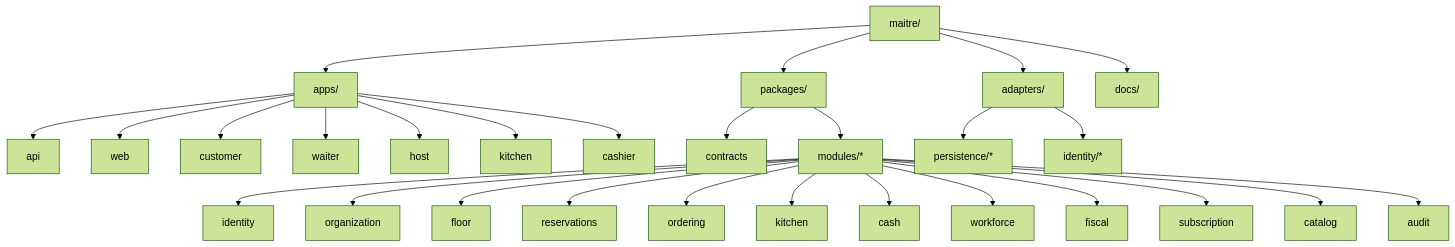
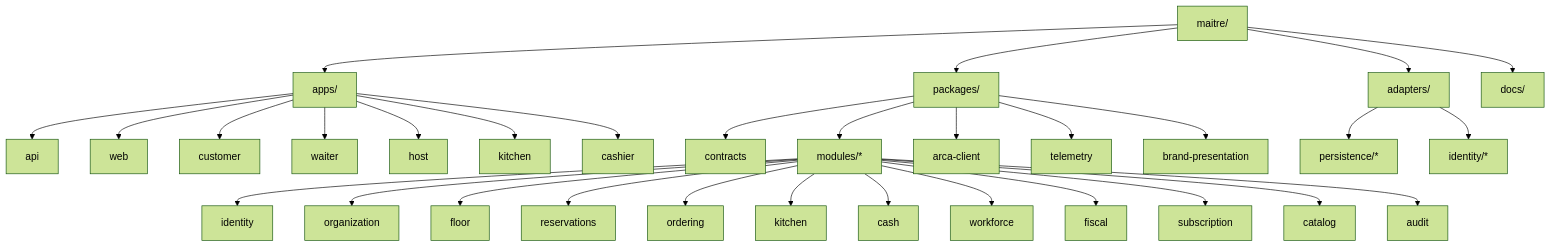
The third of 11 diagrams in docs/foundation/18-architecture-components-design-views.md (Adayala/maitre), drawn with Mermaid (forest theme) before and after one commit. The commit also changed other lines of this file and 1 other file, not shown here.

First line of the commit message:
docs(foundation): document API-app auth flow, telemetry, and OpenAPI contract generation

````diff
--- a/docs/foundation/18-architecture-components-design-views.md
+++ b/docs/foundation/18-architecture-components-design-views.md
@@ -181,36 +181,40 @@
 ```mermaid
 graph TB
     ROOT["maitre/"]
 
     ROOT --> APPS["apps/"]
     ROOT --> PACKAGES["packages/"]
     ROOT --> ADAPTERS["adapters/"]
     ROOT --> DOCS["docs/"]
 
     APPS --> API_APP["api"]
     APPS --> WEB_APP["web"]
     APPS --> CUSTOMER_APP["customer"]
     APPS --> WAITER_APP["waiter"]
     APPS --> HOST_APP2["host"]
     APPS --> KITCHEN_APP["kitchen"]
     APPS --> CASHIER_APP["cashier"]
 
     PACKAGES --> CONTRACTS["contracts"]
     PACKAGES --> MODULES["modules/*"]
 
     MODULES --> MOD_ID["identity"]
     MODULES --> MOD_ORG["organization"]
     MODULES --> MOD_FLOOR["floor"]
     MODULES --> MOD_RES["reservations"]
     MODULES --> MOD_ORD["ordering"]
     MODULES --> MOD_KIT["kitchen"]
     MODULES --> MOD_CASH["cash"]
     MODULES --> MOD_WORK["workforce"]
     MODULES --> MOD_FISCAL["fiscal"]
     MODULES --> MOD_SUB["subscription"]
     MODULES --> MOD_CAT["catalog"]
     MODULES --> MOD_AUDIT["audit"]
 
     ADAPTERS --> AD_PERSIST["persistence/*"]
     ADAPTERS --> AD_AUTH["identity/*"]
+
+    PACKAGES --> ARCA_CLIENT["arca-client"]
+    PACKAGES --> TELEMETRY_PKG["telemetry"]
+    PACKAGES --> BRAND_PKG["brand-presentation"]
 ```
````
